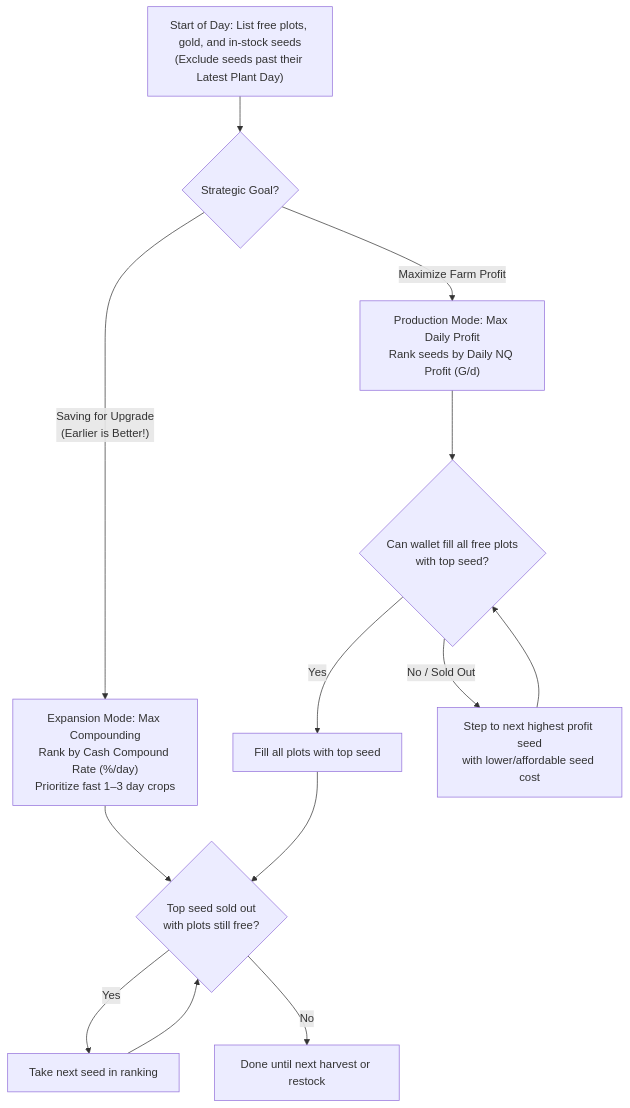
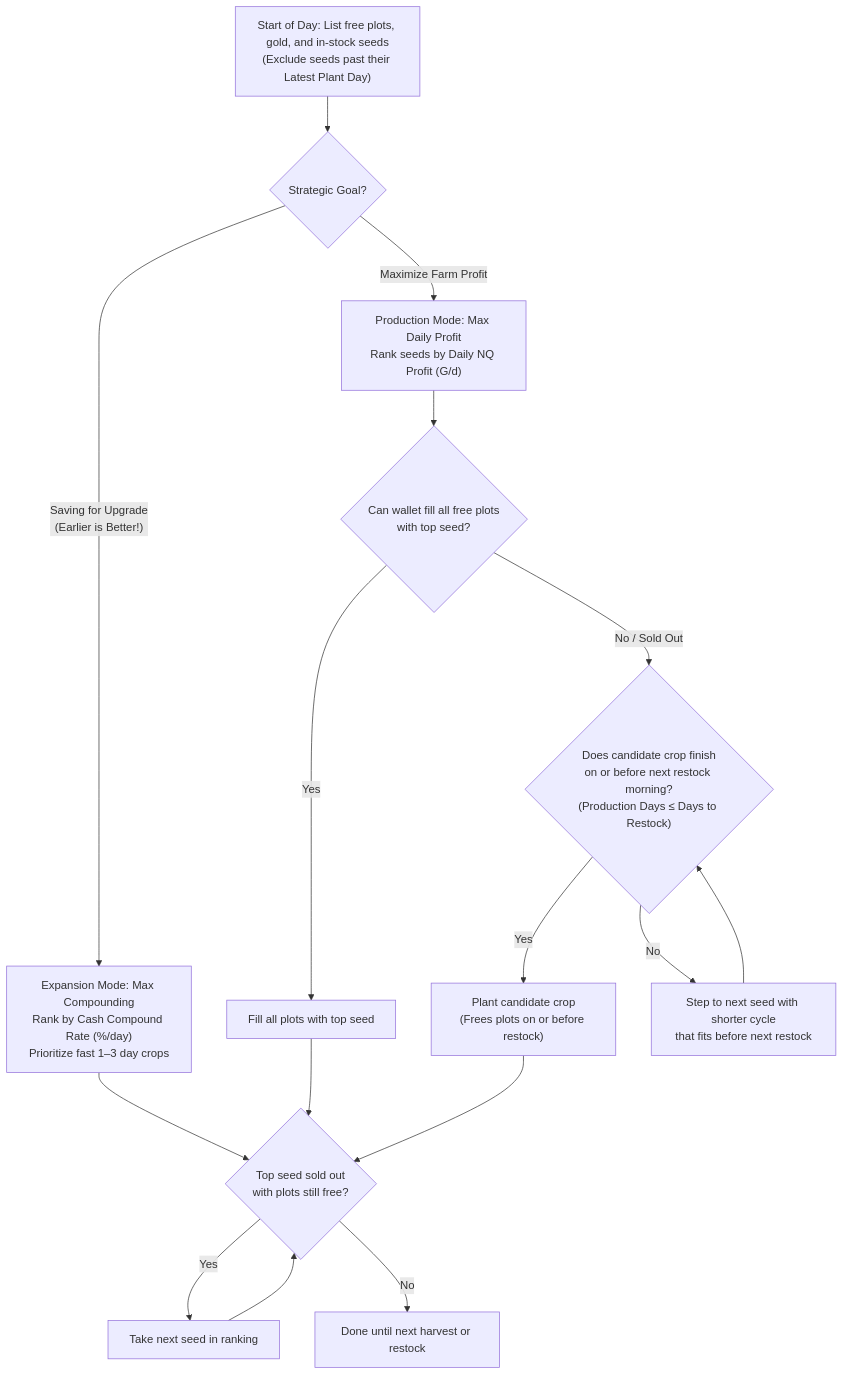
One commit to Yu-Leo-Lu/Harvestella changed the diagram in README.md. Above: the diagram before and after it, drawn with Mermaid. The commit also changed other lines of this file, not shown here.

Commit message:
docs: update planting logic flowchart and restock horizon alignment rules in README

````diff
--- a/README.md
+++ b/README.md
@@ -141,20 +141,25 @@
 ```mermaid
 flowchart TD
     A["Start of Day: List free plots, gold, and in-stock seeds<br/>(Exclude seeds past their Latest Plant Day)"] --> M{"Strategic Goal?"}
     
     M -->|"Saving for Upgrade<br/>(Earlier is Better!)"| C1["Expansion Mode: Max Compounding<br/>Rank by Cash Compound Rate (%/day)<br/>Prioritize fast 1–3 day crops"]
     
     M -->|"Maximize Farm Profit"| C2["Production Mode: Max Daily Profit<br/>Rank seeds by Daily NQ Profit (G/d)"]
     
     C2 --> P1{"Can wallet fill all free plots<br/>with top seed?"}
     P1 -->|"Yes"| B1["Fill all plots with top seed"]
-    P1 -->|"No / Sold Out"| P2["Step to next highest profit seed<br/>with lower/affordable seed cost"]
-    P2 --> P1
+    
+    P1 -->|"No / Sold Out"| P2{"Does candidate crop finish<br/>on or before next restock morning?<br/>(Production Days ≤ Days to Restock)"}
+    
+    P2 -->|"Yes"| B2["Plant candidate crop<br/>(Frees plots on or before restock)"]
+    P2 -->|"No"| P3["Step to next seed with shorter cycle<br/>that fits before next restock"]
+    P3 --> P2
     
     C1 --> F{"Top seed sold out<br/>with plots still free?"}
     B1 --> F
+    B2 --> F
     
     F -->|"Yes"| G["Take next seed in ranking"]
     G --> F
     F -->|"No"| Z["Done until next harvest or restock"]
 ```
````
